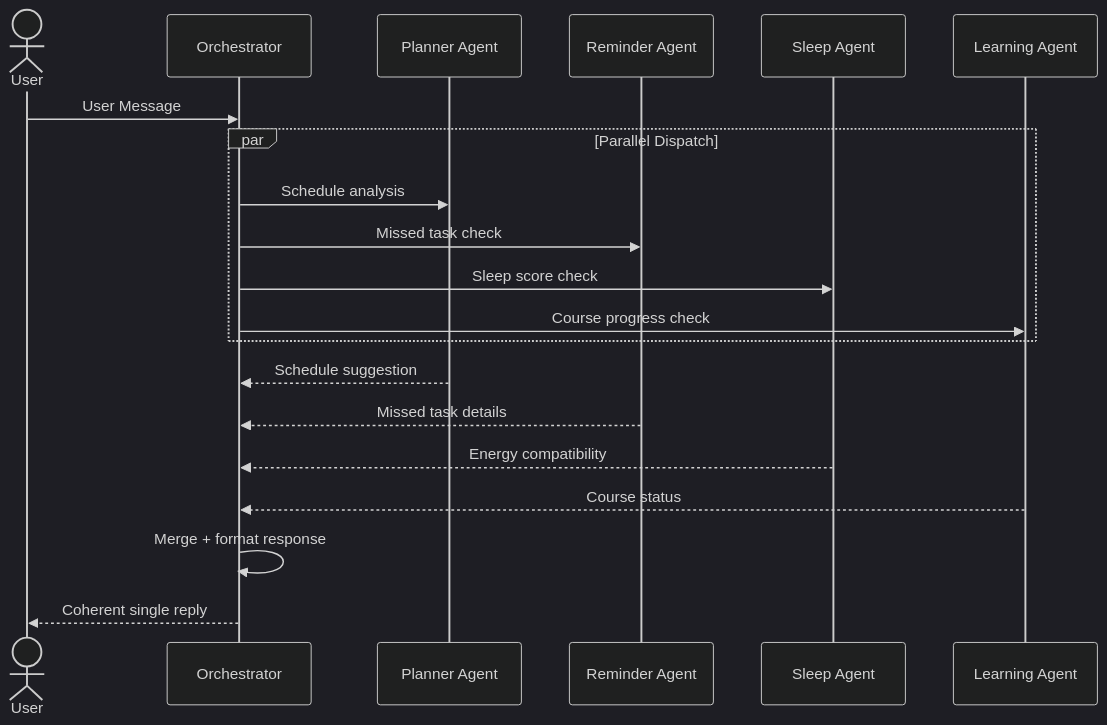
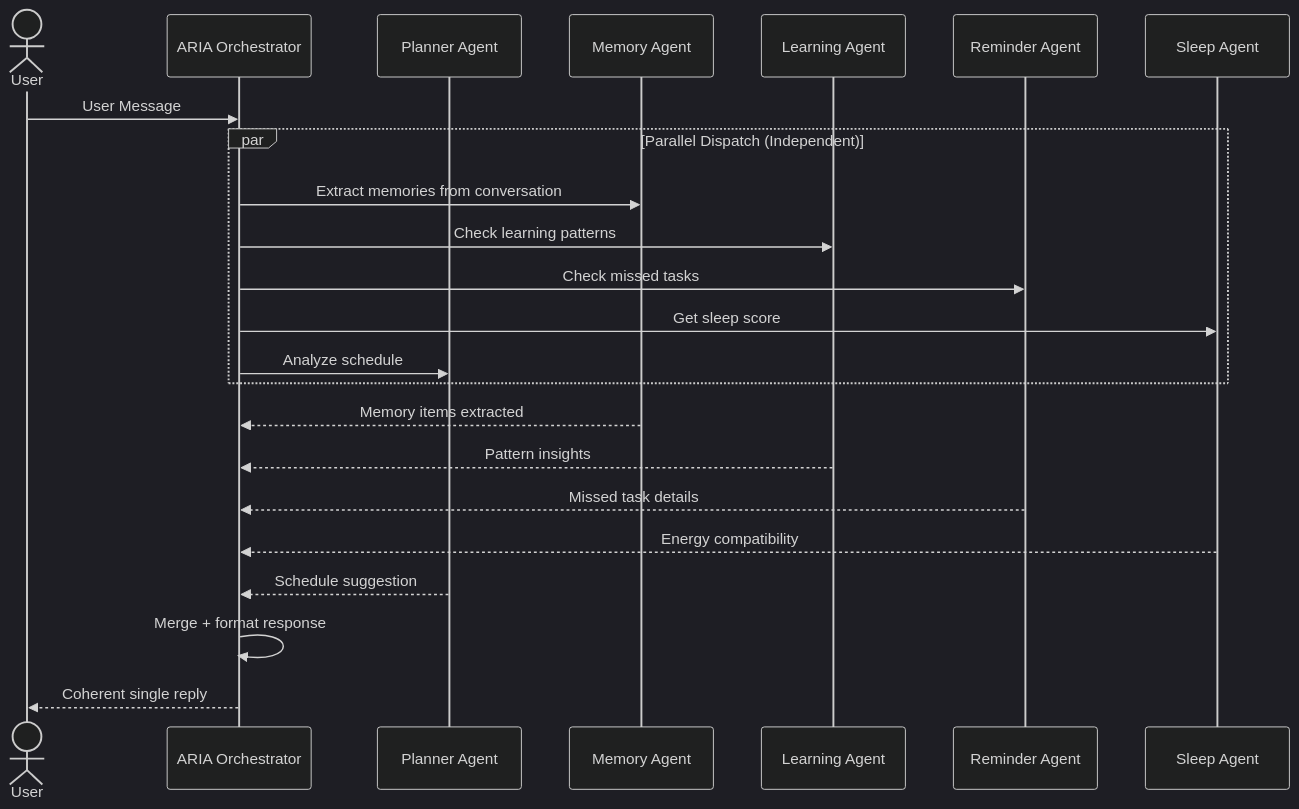
Before and after one commit to rohitkumarnaidu/ARIA-OS---SecondBrain-: the second of 11 diagrams in docs/engineering/14_AgentArchitecture.md, drawn with Mermaid (dark theme). The commit also changed other lines of this file and 9 other files, not shown here.

````diff
--- a/docs/engineering/14_AgentArchitecture.md
+++ b/docs/engineering/14_AgentArchitecture.md
@@ -54,25 +156,28 @@
 ```mermaid
 sequenceDiagram
     actor U as User
-    participant O as Orchestrator
-    participant P as Planner Agent
-    participant R as Reminder Agent
-    participant S as Sleep Agent
-    participant L as Learning Agent
+    participant O as ARIA Orchestrator
+    participant A1 as Planner Agent
+    participant A2 as Memory Agent
+    participant A3 as Learning Agent
+    participant A4 as Reminder Agent
+    participant A5 as Sleep Agent
 
     U->>O: User Message
-    par Parallel Dispatch
-        O->>P: Schedule analysis
-        O->>R: Missed task check
-        O->>S: Sleep score check
-        O->>L: Course progress check
+    par Parallel Dispatch (Independent)
+        O->>A2: Extract memories from conversation
+        O->>A3: Check learning patterns
+        O->>A4: Check missed tasks
+        O->>A5: Get sleep score
+        O->>A1: Analyze schedule
     end
 
-    P-->>O: Schedule suggestion
-    R-->>O: Missed task details
-    S-->>O: Energy compatibility
-    L-->>O: Course status
+    A2-->>O: Memory items extracted
+    A3-->>O: Pattern insights
+    A4-->>O: Missed task details
+    A5-->>O: Energy compatibility
+    A1-->>O: Schedule suggestion
 
     O->>O: Merge + format response
     O-->>U: Coherent single reply
 ```
````
